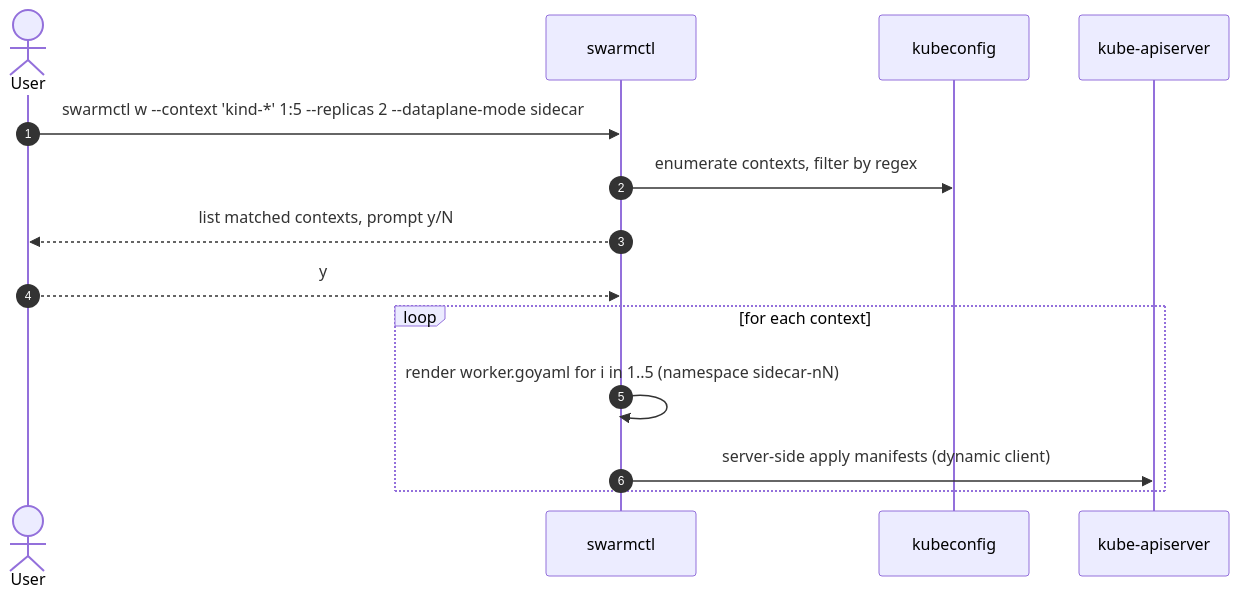
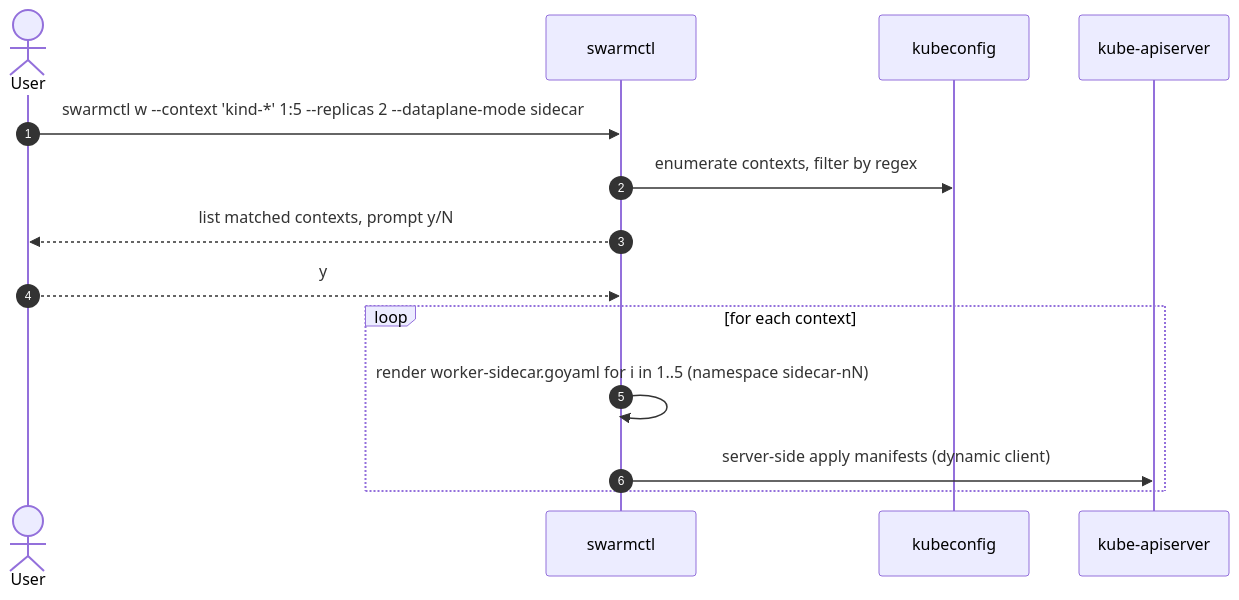
Before and after one commit to h0tbird/k-swarm: the second of 6 diagrams in docs/architecture.md, drawn with Mermaid. The commit also changed other lines of this file and 6 other files, not shown here.

````diff
--- a/docs/architecture.md
+++ b/docs/architecture.md
@@ -142,17 +145,17 @@
 ```mermaid
 sequenceDiagram
     autonumber
     actor User
     participant SC as swarmctl
     participant KC as kubeconfig
     participant API as kube-apiserver
 
     User->>SC: swarmctl w --context 'kind-*' 1:5 --replicas 2 --dataplane-mode sidecar
     SC->>KC: enumerate contexts, filter by regex
     SC-->>User: list matched contexts, prompt y/N
     User-->>SC: y
     loop for each context
-        SC->>SC: render worker.goyaml for i in 1..5 (namespace sidecar-nN)
+        SC->>SC: render worker-sidecar.goyaml for i in 1..5 (namespace sidecar-nN)
         SC->>API: server-side apply manifests (dynamic client)
     end
 ```
````
